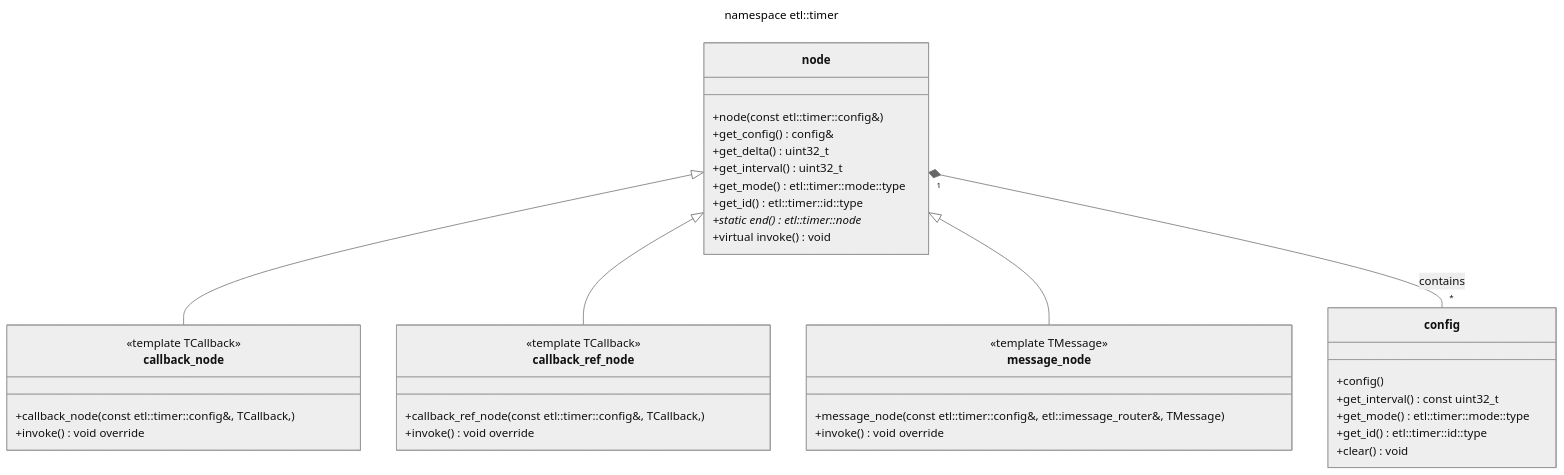
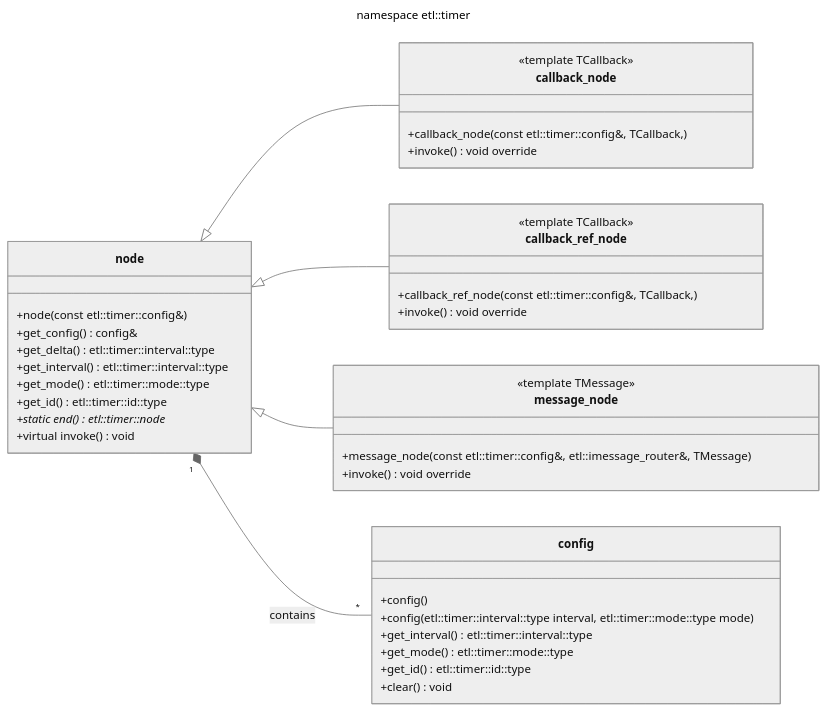
The diagram in docs/timers/Intrusive timers/timer-node.md (ETLCPP/etl), drawn with Mermaid before and after one commit. The commit also changed other lines of this file and 17 other files, not shown here.

````diff
--- a/docs/timers/Intrusive timers/timer-node.md
+++ b/docs/timers/Intrusive timers/timer-node.md
@@ -14,53 +14,56 @@
 ```mermaid
 ---
 config:
   theme: neutral
   look: classic
   layout: dagre
 
 title: namespace etl::timer
 ---
 classDiagram
+  direction LR
+
   node <|-- callback_node
   node <|-- callback_ref_node
   node <|-- message_node
 
   node "1" *-- "*" config : contains
 
   class config {
     +config()
-    +get_interval() const uint32_t 
+    +config(etl::timer::interval::type interval, etl::timer::mode::type mode)
+    +get_interval() etl::timer::interval::type 
     +get_mode() etl::timer::mode::type 
     +get_id() etl::timer::id::type
     +clear() void
   }
 
   class node {
     +node(const etl::timer::config&)
     +get_config() config&
-    +get_delta() uint32_t
-    +get_interval() uint32_t
+    +get_delta() etl::timer::interval::type
+    +get_interval() etl::timer::interval::type
     +get_mode() etl::timer::mode::type
     +get_id() etl::timer::id::type
     +static end() etl::timer::node*
     +virtual invoke() void
   }
 
   class callback_node {
     <<template TCallback>>
     +callback_node(const etl::timer::config&, TCallback, )
     +invoke() void override
   }
 
   class callback_ref_node {
     <<template TCallback>>
     +callback_ref_node(const etl::timer::config&, TCallback, )
     +invoke() void override
   }
 
   class message_node {
     <<template TMessage>>
     +message_node(const etl::timer::config&, etl::imessage_router&, TMessage)
     +invoke() void override
   }
 ```
````
